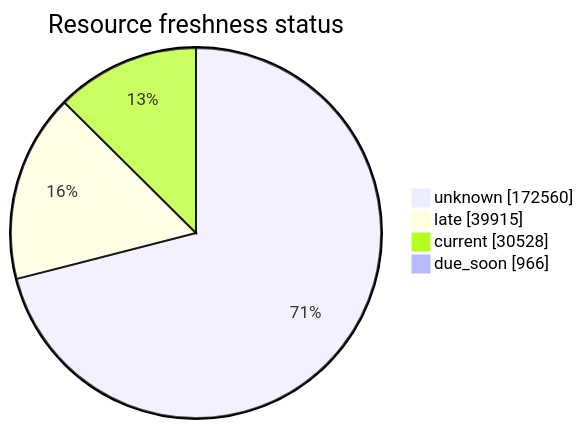
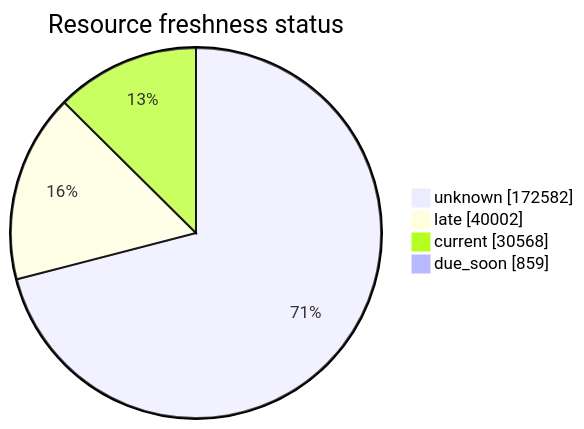
One commit to open-data/analytics-corporate-reporting changed the third of 5 diagrams in FreshCheck/README.md. Above: the diagram before and after it, drawn with Mermaid. The commit also changed other lines of this file and 3 other files, not shown here.

````diff
--- a/FreshCheck/README.md
+++ b/FreshCheck/README.md
@@ -78,7 +78,7 @@
 ```mermaid
 pie showData title Resource freshness status
-    "unknown": 172560
-    "late": 39915
-    "current": 30528
-    "due_soon": 966
+    "unknown": 172582
+    "late": 40002
+    "current": 30568
+    "due_soon": 859
 ```
````
